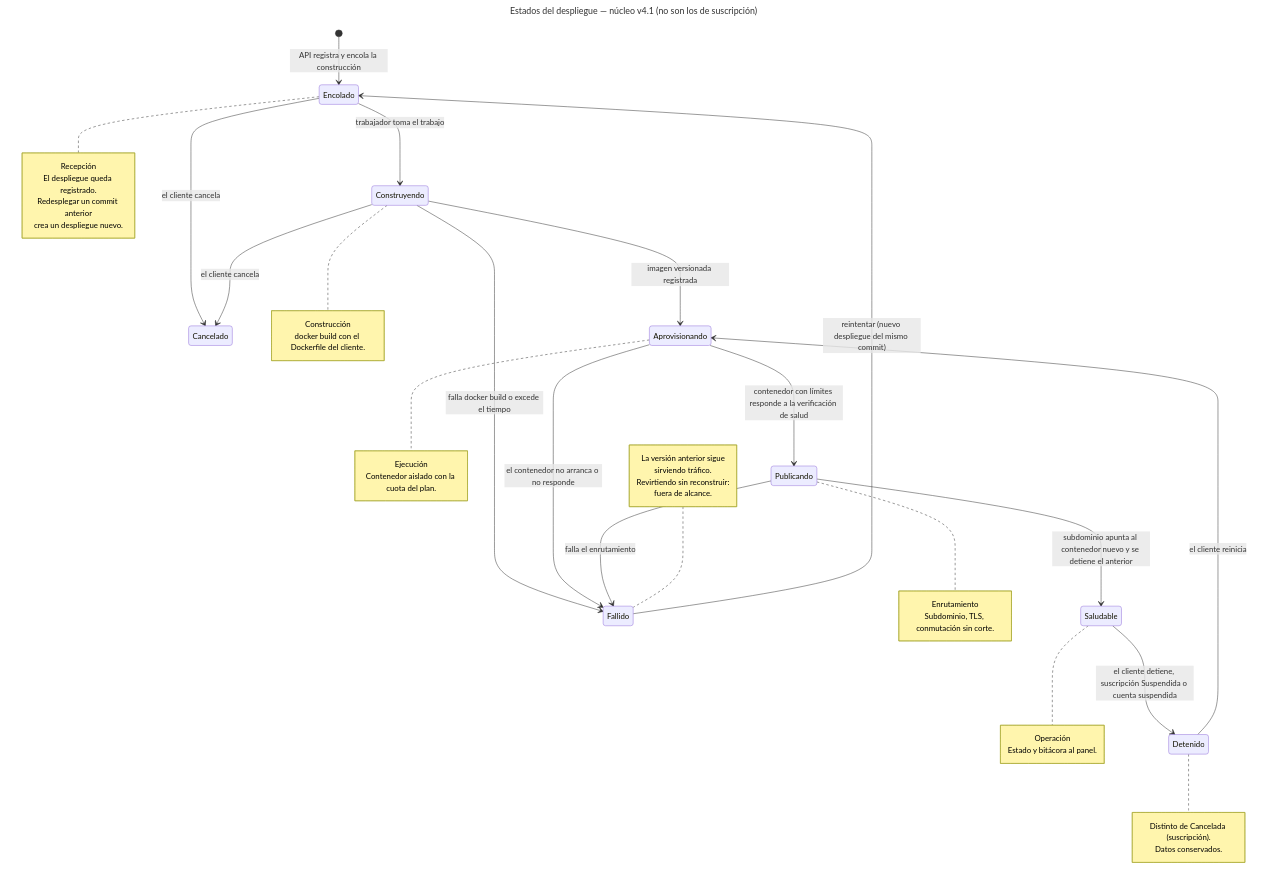
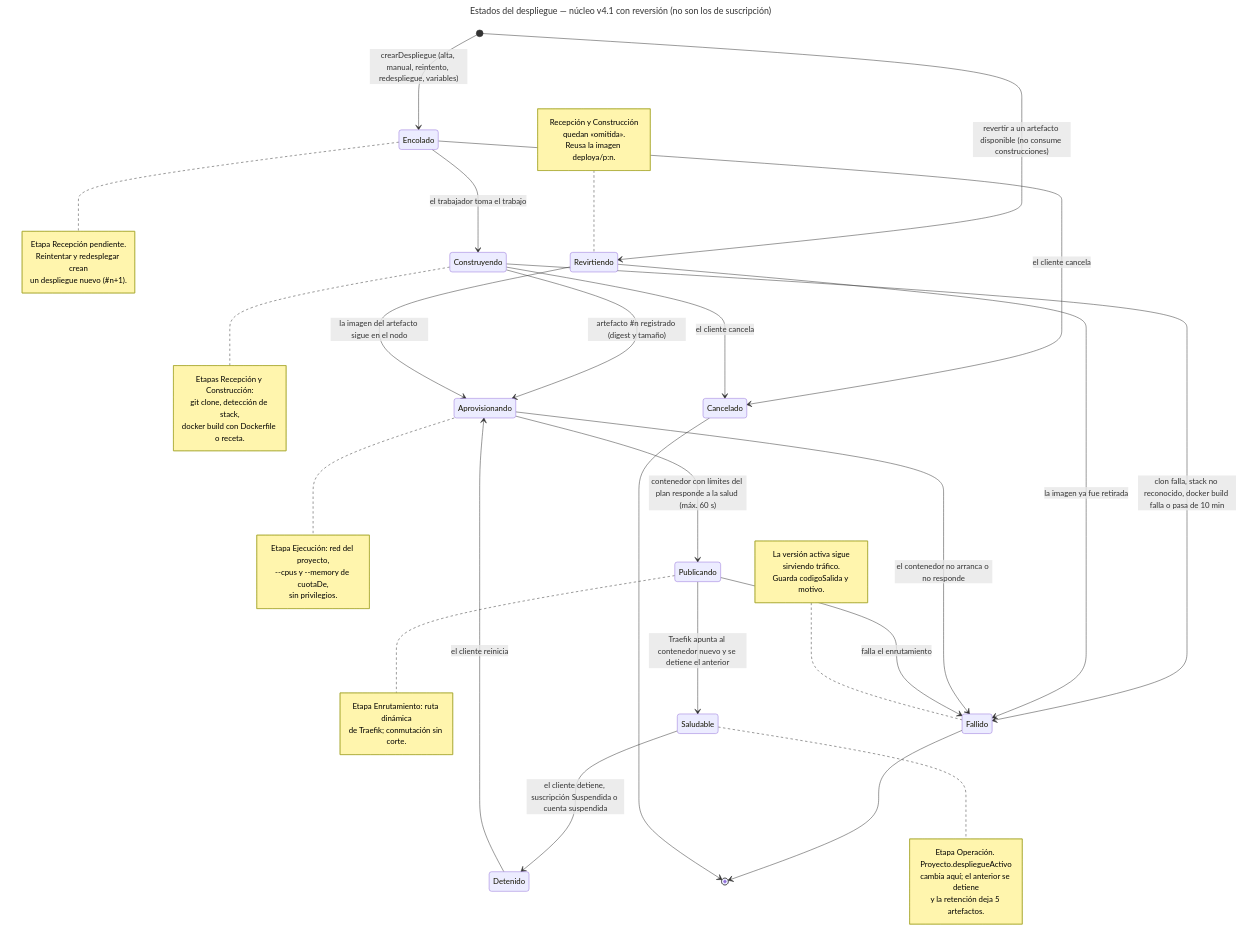
Before and after one commit to derekCmorales/deploya: the diagram in docs/diagramas/m1-m10/m4-m5-m6-estados-despliegue.mmd, drawn with Mermaid. The commit also changed 24 other files, not shown here.

First line of the commit message:
docs(m4): diseño firmado del motor, contratos y diagramas al núcleo v4.1

```diff
--- a/docs/diagramas/m1-m10/m4-m5-m6-estados-despliegue.mmd
+++ b/docs/diagramas/m1-m10/m4-m5-m6-estados-despliegue.mmd
@@ -1,55 +1,62 @@
 ---
-title: Estados del despliegue — núcleo v4.1 (no son los de suscripción)
+title: Estados del despliegue — núcleo v4.1 con reversión (no son los de suscripción)
 ---
 stateDiagram-v2
-    [*] --> Encolado : API registra y encola la construcción
+    [*] --> Encolado : crearDespliegue (alta, manual, reintento, redespliegue, variables)
+    [*] --> Revirtiendo : revertir a un artefacto disponible (no consume construcciones)
 
-    Encolado --> Construyendo : trabajador toma el trabajo
+    Encolado --> Construyendo : el trabajador toma el trabajo
     Encolado --> Cancelado : el cliente cancela
-    Construyendo --> Aprovisionando : imagen versionada registrada
-    Construyendo --> Fallido : falla docker build o excede el tiempo
+    Construyendo --> Aprovisionando : artefacto #n registrado (digest y tamaño)
+    Construyendo --> Fallido : clon falla, stack no reconocido, docker build falla o pasa de 10 min
     Construyendo --> Cancelado : el cliente cancela
 
-    Aprovisionando --> Publicando : contenedor con límites responde a la verificación de salud
+    Revirtiendo --> Aprovisionando : la imagen del artefacto sigue en el nodo
+    Revirtiendo --> Fallido : la imagen ya fue retirada
+
+    Aprovisionando --> Publicando : contenedor con límites del plan responde a la salud (máx. 60 s)
     Aprovisionando --> Fallido : el contenedor no arranca o no responde
 
-    Publicando --> Saludable : subdominio apunta al contenedor nuevo y se detiene el anterior
+    Publicando --> Saludable : Traefik apunta al contenedor nuevo y se detiene el anterior
     Publicando --> Fallido : falla el enrutamiento
 
     Saludable --> Detenido : el cliente detiene, suscripción Suspendida o cuenta suspendida
+    Detenido --> Aprovisionando : el cliente reinicia
 
-    Detenido --> Aprovisionando : el cliente reinicia
-    Fallido --> Encolado : reintentar (nuevo despliegue del mismo commit)
+    Fallido --> [*]
+    Cancelado --> [*]
 
     note right of Encolado
-        Recepción
-        El despliegue queda registrado.
-        Redesplegar un commit anterior
-        crea un despliegue nuevo.
+        Etapa Recepción pendiente.
+        Reintentar y redesplegar crean
+        un despliegue nuevo (#n+1).
     end note
     note right of Construyendo
-        Construcción
-        docker build con el Dockerfile del cliente.
+        Etapas Recepción y Construcción:
+        git clone, detección de stack,
+        docker build con Dockerfile o receta.
+    end note
+    note left of Revirtiendo
+        Recepción y Construcción
+        quedan «omitida».
+        Reusa la imagen deploya/p:n.
     end note
     note right of Aprovisionando
-        Ejecución
-        Contenedor aislado con la cuota del plan.
+        Etapa Ejecución: red del proyecto,
+        --cpus y --memory de cuotaDe,
+        sin privilegios.
     end note
     note right of Publicando
-        Enrutamiento
-        Subdominio, TLS, conmutación sin corte.
+        Etapa Enrutamiento: ruta dinámica
+        de Traefik; conmutación sin corte.
     end note
     note right of Saludable
-        Operación
-        Estado y bitácora al panel.
-    end note
-    note right of Detenido
-        Distinto de Cancelada (suscripción).
-        Datos conservados.
+        Etapa Operación. Proyecto.despliegueActivo
+        cambia aquí; el anterior se detiene
+        y la retención deja 5 artefactos.
     end note
     note left of Fallido
-        La versión anterior sigue
+        La versión activa sigue
         sirviendo tráfico.
-        Revirtiendo sin reconstruir:
-        fuera de alcance.
+        Guarda codigoSalida y motivo.
     end note
```
